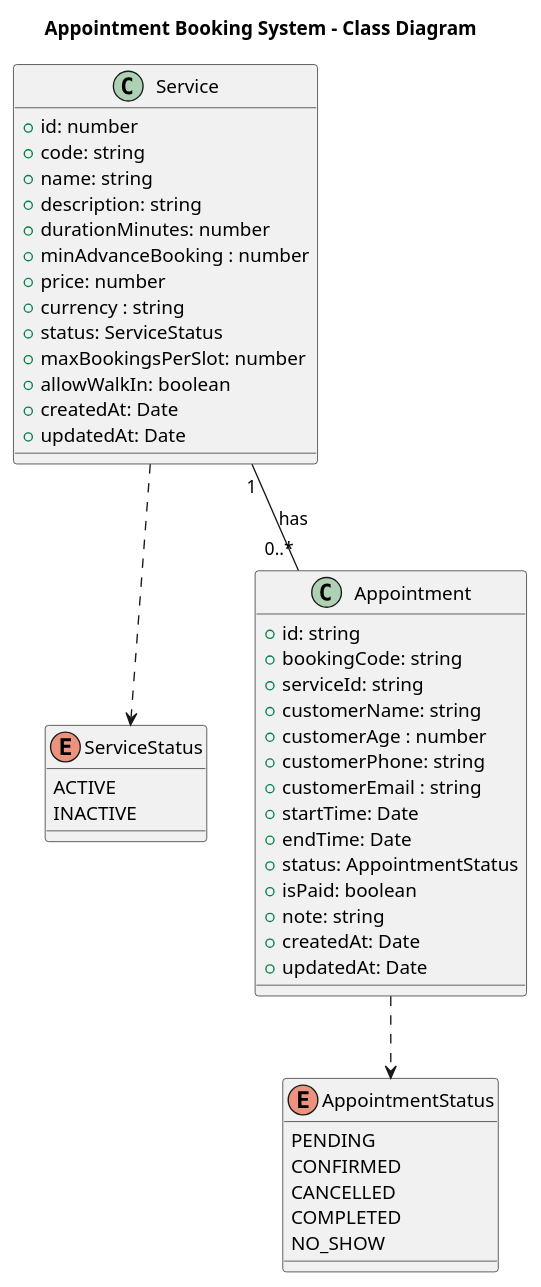
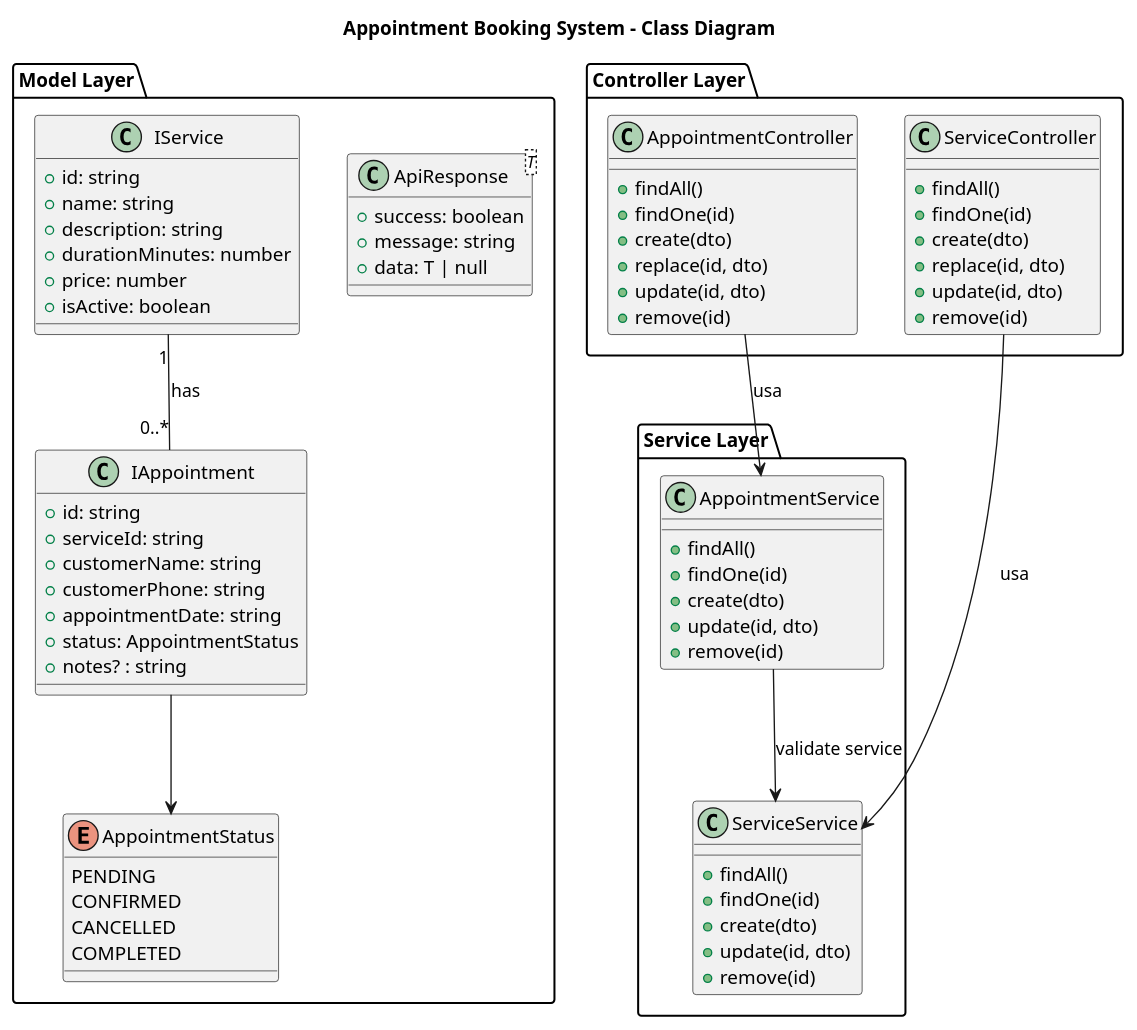
Before and after one commit to nxtcya/oop-typescript-final-project-2026: the diagram in docs/uml-diagram.puml, drawn with PlantUML. The commit also changed 3 other files, not shown here.

```diff
--- a/docs/uml-diagram.puml
+++ b/docs/uml-diagram.puml
@@ -1,56 +1,88 @@
 @startuml uml-diagram
 title Appointment Booking System - Class Diagram
 
-
-enum ServiceStatus {
-  ACTIVE
-  INACTIVE
-}
+package "Model Layer" {
 
 enum AppointmentStatus {
   PENDING
   CONFIRMED
   CANCELLED
   COMPLETED
-  NO_SHOW
 }
 
 
-class Service {
-  +id: number
-  +code: string
+class ApiResponse<T> {
+  +success: boolean
+  +message: string
+  +data: T | null
+} 
+
+class IService {
+  +id: string
   +name: string
   +description: string
   +durationMinutes: number
-  +minAdvanceBooking : number
   +price: number
-  +currency : string
-  +status: ServiceStatus
-  +maxBookingsPerSlot: number
-  +allowWalkIn: boolean
-  +createdAt: Date
-  +updatedAt: Date
+  +isActive: boolean
 }
 
-class Appointment {
+
+class IAppointment {
   +id: string
-  +bookingCode: string
   +serviceId: string
   +customerName: string
-  +customerAge : number
   +customerPhone: string
-  +customerEmail : string 
-  +startTime: Date
-  +endTime: Date
+  +appointmentDate: string
   +status: AppointmentStatus
-  +isPaid: boolean
-  +note: string
-  +createdAt: Date
-  +updatedAt: Date
+  +notes? : string
+}
 }
 
-Service "1" -- "0..*" Appointment : has
-Service ..> ServiceStatus
-Appointment ..> AppointmentStatus
+package "Controller Layer" {
+class ServiceController {
+  +findAll()
+  +findOne(id)
+  +create(dto)
+  +replace(id, dto)
+  +update(id, dto)
+  +remove(id)
+}
+
+class AppointmentController {
+  +findAll()
+  +findOne(id)
+  +create(dto)
+  +replace(id, dto)
+  +update(id, dto)
+  +remove(id)
+}
+}
+
+package "Service Layer" {
+class ServiceService {
+  +findAll()
+  +findOne(id)
+  +create(dto)
+  +update(id, dto)
+  +remove(id)
+}
+
+class AppointmentService {
+  +findAll()
+  +findOne(id)
+  +create(dto)
+  +update(id, dto)
+  +remove(id)
+}
+}
+
+
+IService "1" -- "0..*" IAppointment : has
+IAppointment --> AppointmentStatus
+
+ServiceController --> ServiceService : usa
+AppointmentController --> AppointmentService : usa
+
+AppointmentService --> ServiceService : validate service
 
 @enduml
```
